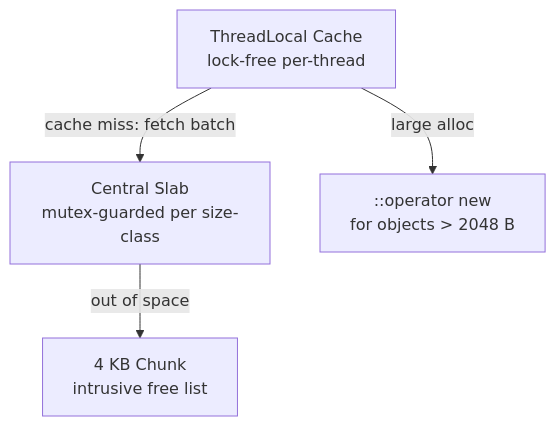
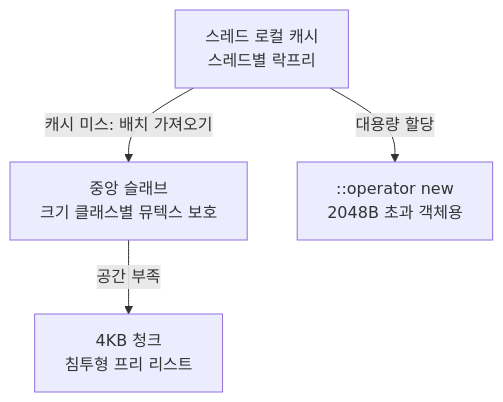
The third of 9 diagrams in README.md (shoenkh15324/V2-Engine), drawn with Mermaid before and after one commit. The commit also changed other lines of this file and 5 other files, not shown here.

````diff
--- a/README.md
+++ b/README.md
@@ -217,11 +217,11 @@
 ```mermaid
 flowchart TB
-    TLS[ThreadLocal Cache<br/>lock-free per-thread]
-    Slab[Central Slab<br/>mutex-guarded per size-class]
-    Chunk[4 KB Chunk<br/>intrusive free list]
-    Fallback[::operator new<br/>for objects > 2048 B]
+    TLS[스레드 로컬 캐시<br/>스레드별 락프리]
+    Slab[중앙 슬래브<br/>크기 클래스별 뮤텍스 보호]
+    Chunk[4KB 청크<br/>침투형 프리 리스트]
+    Fallback[::operator new<br/>2048B 초과 객체용]
 
-    TLS -->|cache miss: fetch batch| Slab
-    Slab -->|out of space| Chunk
-    TLS -->|large alloc| Fallback
+    TLS -->|캐시 미스: 배치 가져오기| Slab
+    Slab -->|공간 부족| Chunk
+    TLS -->|대용량 할당| Fallback
 ```
````
